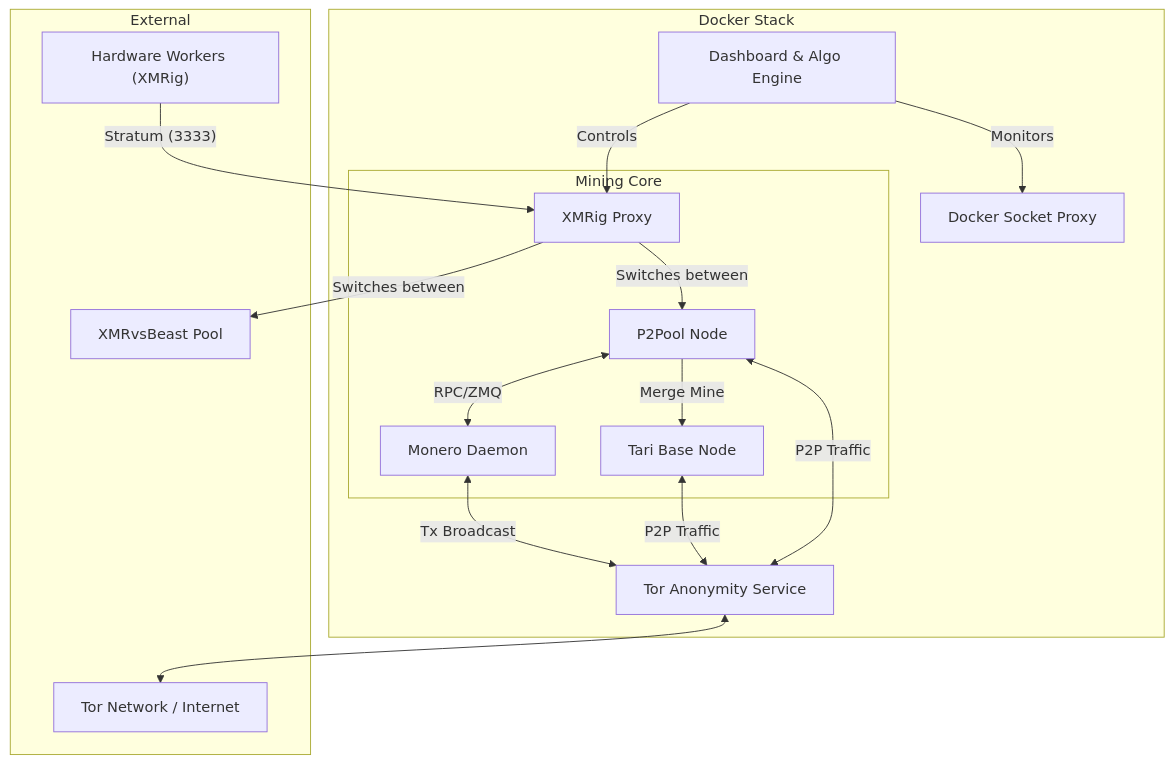
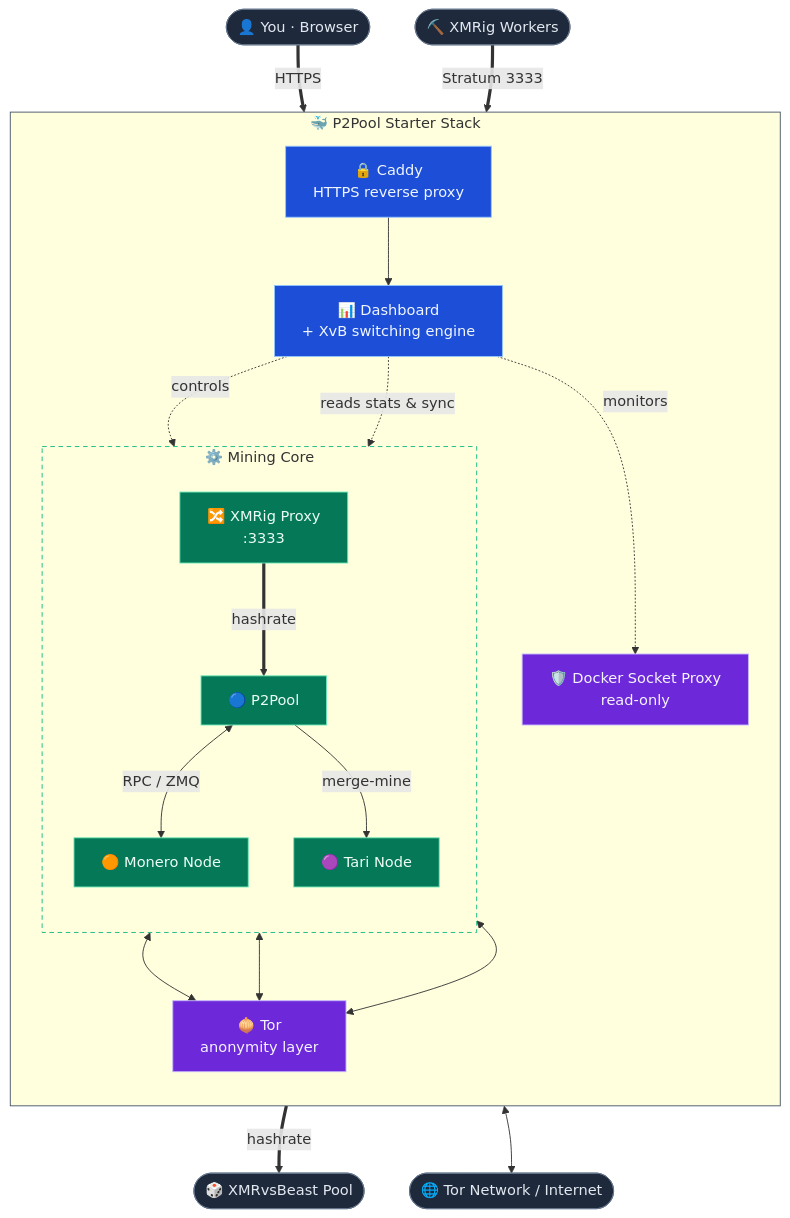
The diagram in README.md (p2pool-starter-stack/p2pool-starter-stack), drawn with Mermaid before and after one commit. The commit also changed other lines of this file and 2 other files, not shown here.

Commit message:
Accurate, styled architecture diagram + 98%-smaller logo
- Rework the architecture diagram (README + docs/architecture.md) to match
  the actual stack: add Caddy and the browser → Caddy → Dashboard path,
  correct the dashboard's control/monitor edges, and color-code services by
  role (control plane / privacy / mining core). Verified it renders via
  mermaid-cli. Added a "reading the diagram" legend in the architecture doc.
- Optimize the hero logo: 2784×1536 / 6.7 MB PNG → 1200×662 / 129 KB
  (resized + 256-color quantized, visually identical), a ~98% reduction, and
  constrain its display width in the README hero.

````diff
--- a/README.md
+++ b/README.md
@@ -93,33 +93,57 @@
 ```mermaid
-graph TD
-    subgraph "Docker Stack"
-        Dashboard[Dashboard & Algo Engine]
-        Tor[Tor Anonymity Service]
-        DockerProxy[Docker Socket Proxy]
+flowchart TB
+    %% ── External actors ──
+    You(["👤 You · Browser"])
+    Workers(["⛏️ XMRig Workers"])
+    XvB(["🎲 XMRvsBeast Pool"])
+    Net(["🌐 Tor Network / Internet"])
 
-        subgraph "Mining Core"
-            Monerod[Monero Daemon]
-            P2Pool[P2Pool Node]
-            Tari[Tari Base Node]
-            Proxy[XMRig Proxy]
+    subgraph stack ["🐳 P2Pool Starter Stack"]
+        direction TB
+
+        Caddy["🔒 Caddy<br/>HTTPS reverse proxy"]
+        Dashboard["📊 Dashboard<br/>+ XvB switching engine"]
+        DockerProxy["🛡️ Docker Socket Proxy<br/>read-only"]
+        Tor["🧅 Tor<br/>anonymity layer"]
+
+        subgraph core ["⚙️ Mining Core"]
+            direction TB
+            Proxy["🔀 XMRig Proxy<br/>:3333"]
+            P2Pool["🔵 P2Pool"]
+            Monerod["🟠 Monero Node"]
+            Tari["🟣 Tari Node"]
         end
     end
 
-    subgraph "External"
-        Workers["Hardware Workers (XMRig)"]
-        XvB[XMRvsBeast Pool]
-        Internet[Tor Network / Internet]
-    end
+    You ==>|HTTPS| Caddy
+    Caddy --> Dashboard
+    Workers ==>|"Stratum 3333"| Proxy
 
-    Workers -- "Stratum (3333)" --> Proxy
-    Dashboard -- "Controls" --> Proxy
-    Dashboard -- "Monitors" --> DockerProxy
-    Proxy -- "Switches between" --> P2Pool
-    Proxy -- "Switches between" --> XvB
-    P2Pool <-->|RPC/ZMQ| Monerod
-    P2Pool -->|Merge Mine| Tari
-    Monerod <-->|Tx Broadcast| Tor
-    Tari <-->|P2P Traffic| Tor
-    P2Pool <-->|P2P Traffic| Tor
-    Tor <--> Internet
+    Dashboard -.->|controls| Proxy
+    Dashboard -.->|monitors| DockerProxy
+    Dashboard -.->|"reads stats & sync"| core
+
+    Proxy ==>|hashrate| P2Pool
+    Proxy ==>|hashrate| XvB
+
+    P2Pool <-->|"RPC / ZMQ"| Monerod
+    P2Pool -->|merge-mine| Tari
+
+    Monerod <--> Tor
+    Tari <--> Tor
+    P2Pool <--> Tor
+    Tor <--> Net
+
+    classDef ext fill:#1e293b,stroke:#64748b,color:#e2e8f0;
+    classDef ctrl fill:#1d4ed8,stroke:#93c5fd,color:#eff6ff;
+    classDef priv fill:#6d28d9,stroke:#c4b5fd,color:#f5f3ff;
+    classDef mine fill:#047857,stroke:#6ee7b7,color:#ecfdf5;
+
+    class You,Workers,XvB,Net ext;
+    class Caddy,Dashboard ctrl;
+    class Tor,DockerProxy priv;
+    class Proxy,P2Pool,Monerod,Tari mine;
+
+    style stack stroke:#475569,stroke-width:1px;
+    style core stroke:#10b981,stroke-width:1px,stroke-dasharray:5 4;
 ```
````
